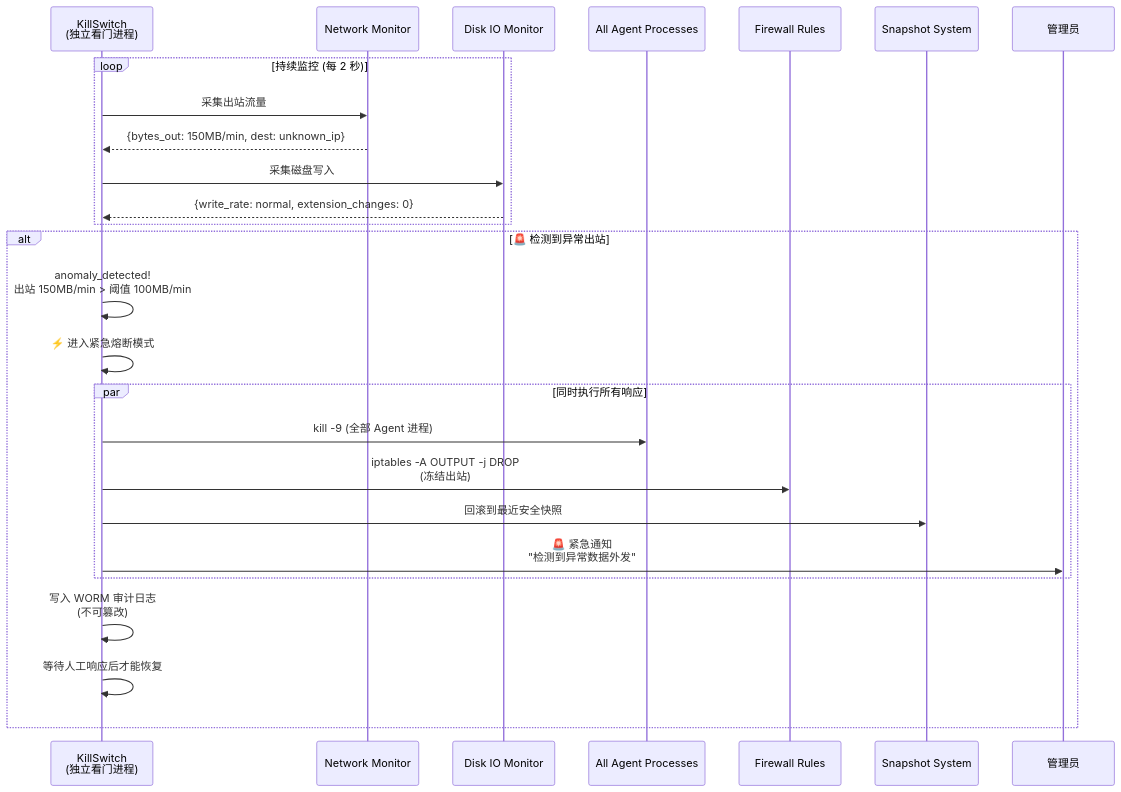
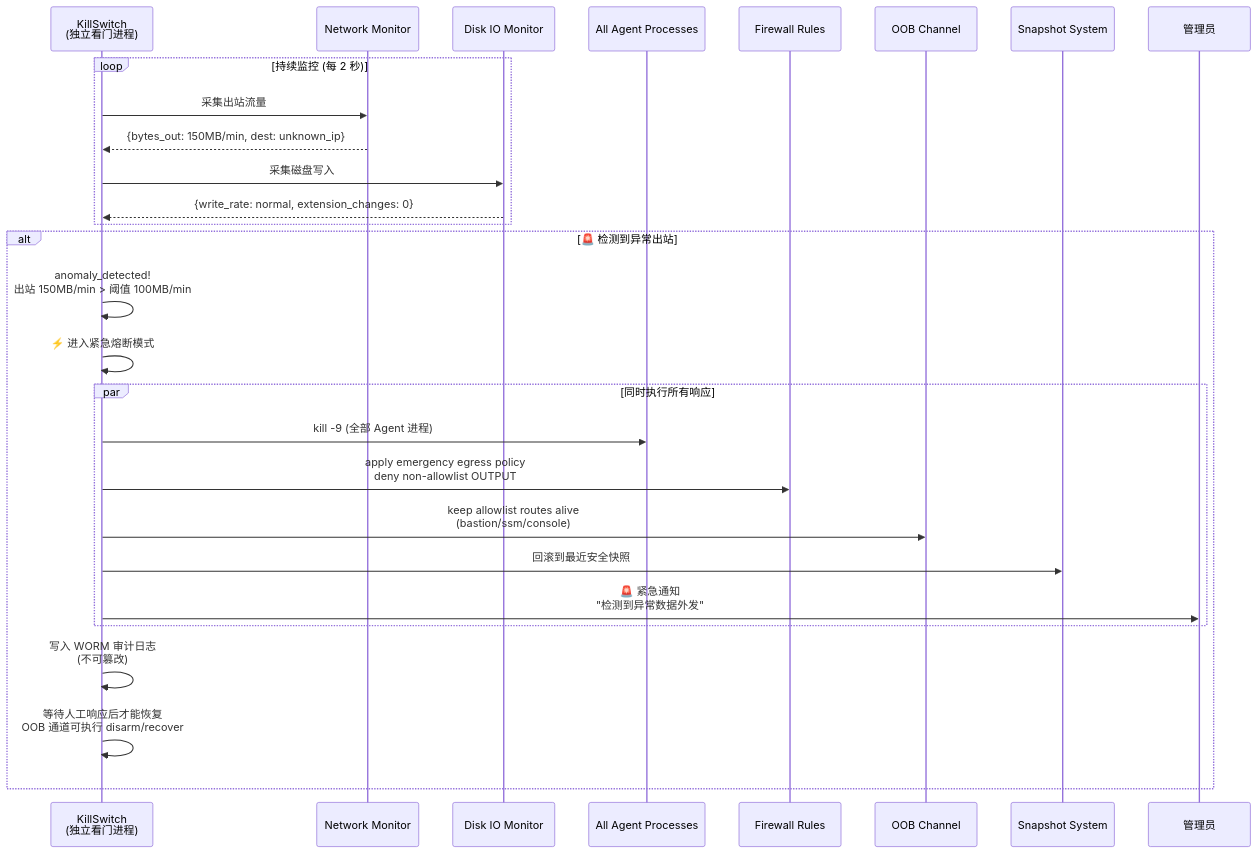
Before and after one commit to Yidhar/Embla_System: the tenth of 12 diagrams in doc/10-brainstem-layer-modules.md, drawn with Mermaid. The commit also changed other lines of this file and 13 other files, not shown here.

Commit message:
docs: refresh architecture specs and security blindspot baseline

````diff
--- a/doc/10-brainstem-layer-modules.md
+++ b/doc/10-brainstem-layer-modules.md
@@ -597,33 +621,35 @@
 ```mermaid
 sequenceDiagram
     participant KS as KillSwitch<br/>(独立看门进程)
     participant NET as Network Monitor
     participant IO as Disk IO Monitor
     participant AGENTS as All Agent Processes
     participant FW as Firewall Rules
+    participant OOB as OOB Channel
     participant SNAP as Snapshot System
     participant ADMIN as 管理员
 
     loop 持续监控 (每 2 秒)
         KS->>NET: 采集出站流量
         NET-->>KS: {bytes_out: 150MB/min, dest: unknown_ip}
 
         KS->>IO: 采集磁盘写入
         IO-->>KS: {write_rate: normal, extension_changes: 0}
     end
 
     alt 🚨 检测到异常出站
         KS->>KS: anomaly_detected!<br/>出站 150MB/min > 阈值 100MB/min
         KS->>KS: ⚡ 进入紧急熔断模式
 
         par 同时执行所有响应
             KS->>AGENTS: kill -9 (全部 Agent 进程)
-            KS->>FW: iptables -A OUTPUT -j DROP<br/>(冻结出站)
+            KS->>FW: apply emergency egress policy<br/>deny non-allowlist OUTPUT
+            KS->>OOB: keep allowlist routes alive<br/>(bastion/ssm/console)
             KS->>SNAP: 回滚到最近安全快照
             KS->>ADMIN: 🚨 紧急通知<br/>"检测到异常数据外发"
         end
 
         KS->>KS: 写入 WORM 审计日志<br/>(不可篡改)
-        KS->>KS: 等待人工响应后才能恢复
+        KS->>KS: 等待人工响应后才能恢复<br/>OOB 通道可执行 disarm/recover
     end
 ```
````
